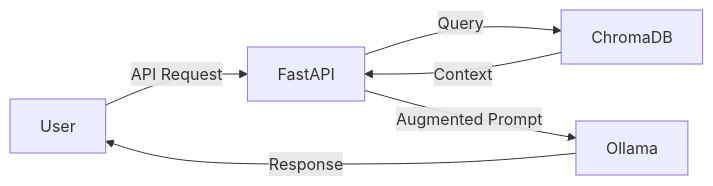
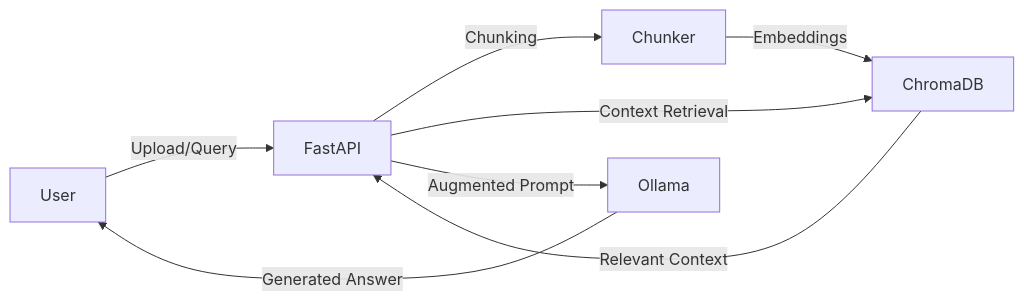
The diagram in README.md (JohnSunny511/Cerebro-A-RAG-Microservice), drawn with Mermaid before and after one commit. The commit also changed other lines of this file, not shown here.

````diff
--- a/README.md
+++ b/README.md
@@ -90,9 +99,11 @@
 ```mermaid
 graph LR
-    User -->|API Request| FastAPI
-    FastAPI -->|Query| ChromaDB
-    ChromaDB -->|Context| FastAPI
+    User -->|Upload/Query| FastAPI
+    FastAPI -->|Chunking| Chunker
+    Chunker -->|Embeddings| ChromaDB
+    FastAPI -->|Context Retrieval| ChromaDB
+    ChromaDB -->|Relevant Context| FastAPI
     FastAPI -->|Augmented Prompt| Ollama
-    Ollama -->|Response| User
+    Ollama -->|Generated Answer| User
 
 ```
````
